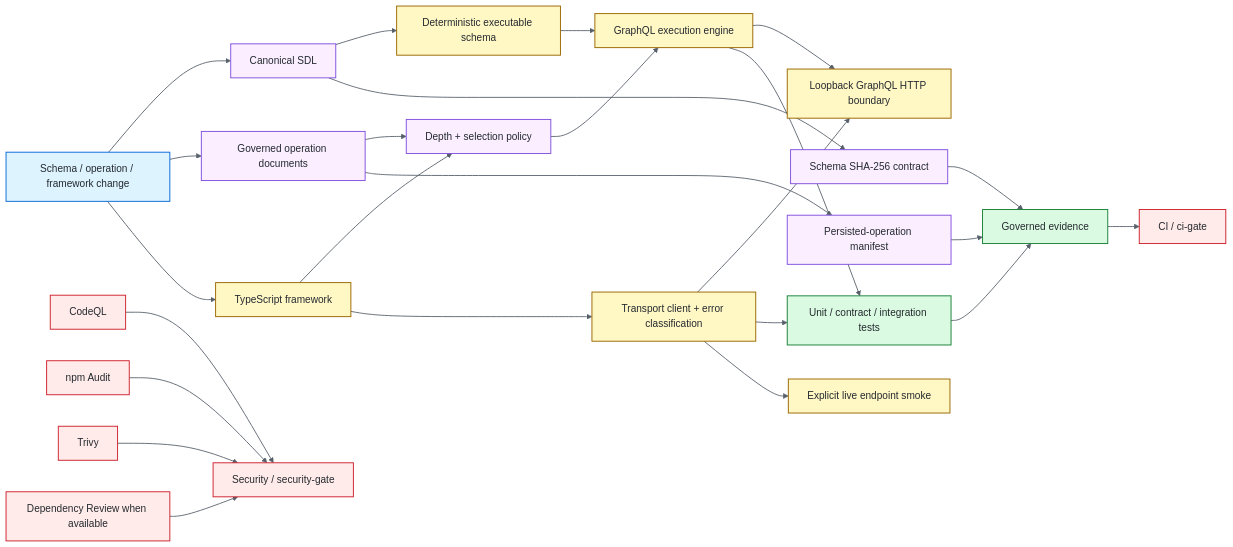
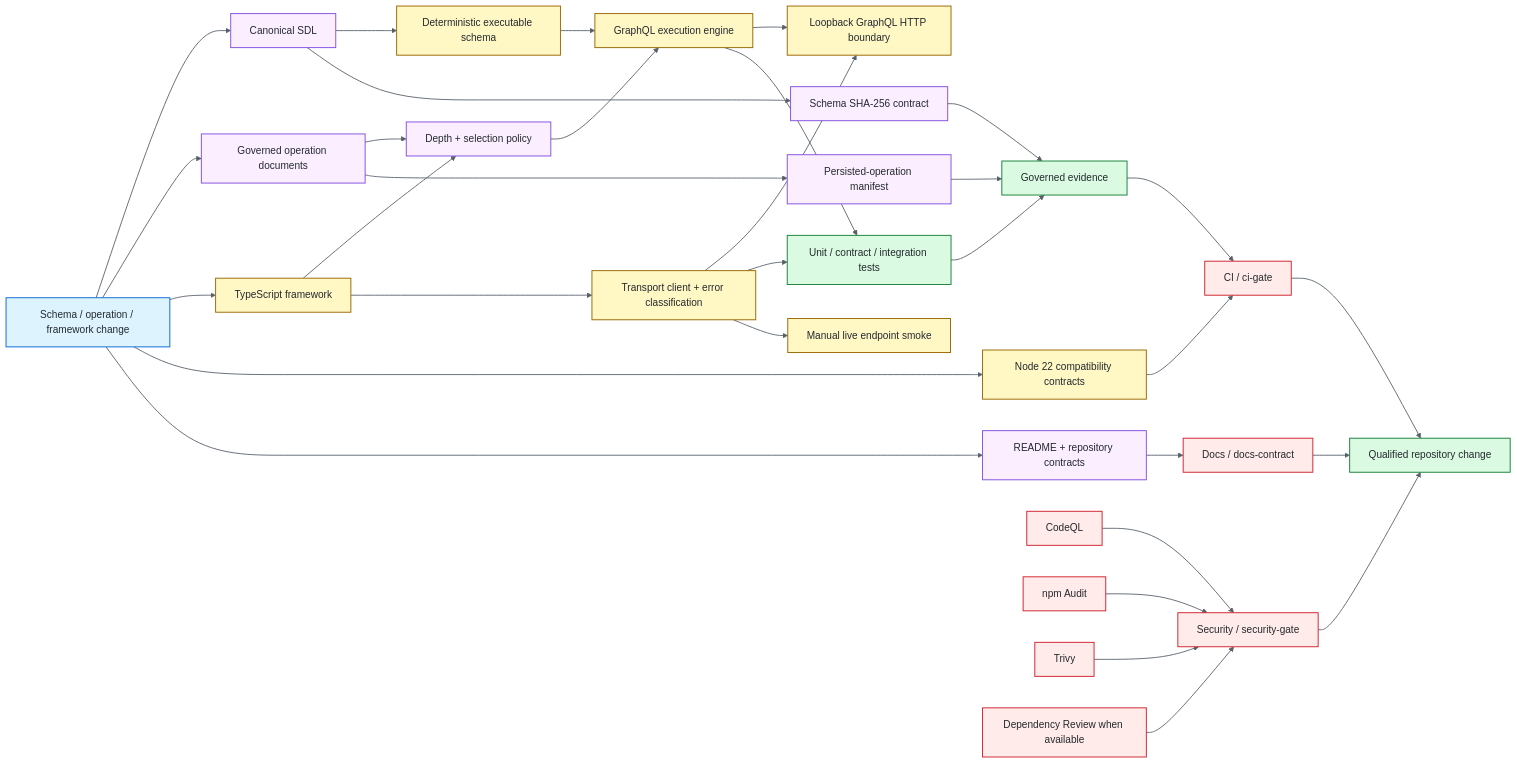
Before and after one commit to portyu9/qa-automation-graphql: the diagram in README.md, drawn with Mermaid.

Commit message:
docs: align GraphQL Mermaid diagram with qualification gates

````diff
--- a/README.md
+++ b/README.md
@@ -43,44 +43,53 @@
 ```mermaid
 flowchart LR
     CHANGE[Schema / operation / framework change] --> SDL[Canonical SDL]
     CHANGE --> OPS[Governed operation documents]
     CHANGE --> CODE[TypeScript framework]
 
     SDL --> SCHEMA[Deterministic executable schema]
     SCHEMA --> EXEC[GraphQL execution engine]
     CODE --> POLICY[Depth + selection policy]
     OPS --> POLICY
     POLICY --> EXEC
 
     CODE --> CLIENT[Transport client + error classification]
     EXEC --> LOOP[Loopback GraphQL HTTP boundary]
     CLIENT --> LOOP
 
     SDL --> SF[Schema SHA-256 contract]
     OPS --> MANIFEST[Persisted-operation manifest]
     EXEC --> TESTS[Unit / contract / integration tests]
     CLIENT --> TESTS
     SF --> EVIDENCE[Governed evidence]
     MANIFEST --> EVIDENCE
     TESTS --> EVIDENCE
     EVIDENCE --> CIGATE[CI / ci-gate]
+    CHANGE --> NODE22[Node 22 compatibility contracts]
+    NODE22 --> CIGATE
 
-    CLIENT --> LIVE[Explicit live endpoint smoke]
+    CLIENT --> LIVE[Manual live endpoint smoke]
+
+    CHANGE --> DOCS[README + repository contracts]
+    DOCS --> DG[Docs / docs-contract]
 
     SAST[CodeQL] --> SG[Security / security-gate]
     AUDIT[npm Audit] --> SG
     TRIVY[Trivy] --> SG
     REVIEW[Dependency Review when available] --> SG
+
+    CIGATE --> RESULT[Qualified repository change]
+    DG --> RESULT
+    SG --> RESULT
 
     classDef entry fill:#ddf4ff,stroke:#0969da,color:#24292f,stroke-width:1.5px;
     classDef contract fill:#fbefff,stroke:#8250df,color:#24292f,stroke-width:1.5px;
     classDef runtime fill:#fff8c5,stroke:#9a6700,color:#24292f,stroke-width:1.5px;
     classDef evidence fill:#dafbe1,stroke:#1a7f37,color:#24292f,stroke-width:1.5px;
     classDef gate fill:#ffebe9,stroke:#cf222e,color:#24292f,stroke-width:1.5px;
     class CHANGE entry;
-    class SDL,OPS,POLICY,SF,MANIFEST contract;
-    class SCHEMA,EXEC,CODE,CLIENT,LOOP,LIVE runtime;
-    class TESTS,EVIDENCE evidence;
-    class CIGATE,SAST,AUDIT,TRIVY,REVIEW,SG gate;
+    class SDL,OPS,POLICY,SF,MANIFEST,DOCS contract;
+    class SCHEMA,EXEC,CODE,CLIENT,LOOP,LIVE,NODE22 runtime;
+    class TESTS,EVIDENCE,RESULT evidence;
+    class CIGATE,DG,SAST,AUDIT,TRIVY,REVIEW,SG gate;
     linkStyle default stroke:#57606a,stroke-width:1.4px;
 ```
````
